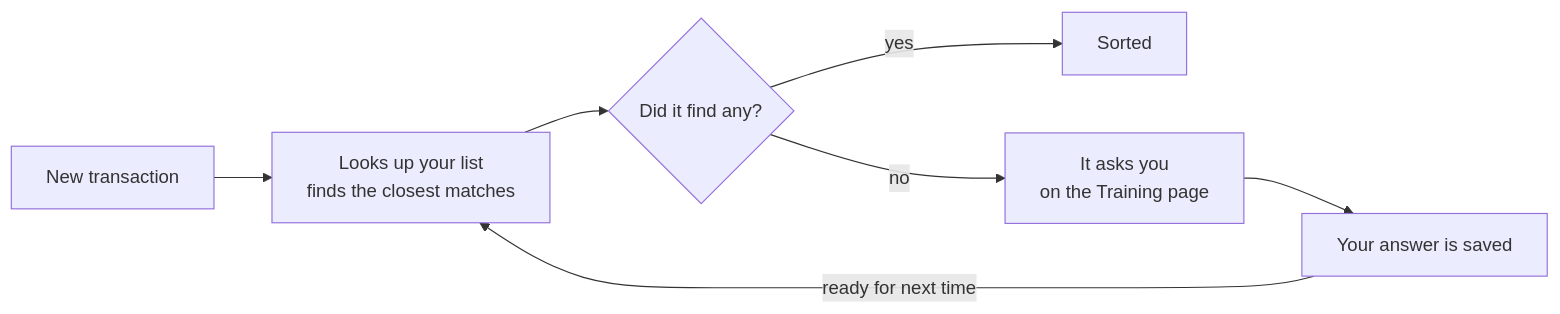
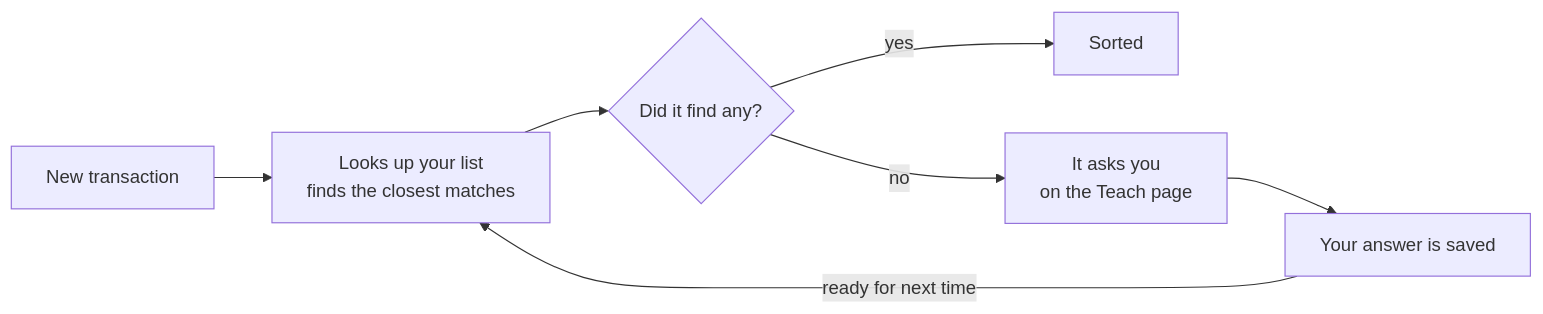
The second of 4 diagrams in docs/how-the-categorizer-works.md (jorisrombouts/pegels), drawn with Mermaid before and after one commit. The commit also changed other lines of this file and 3 other files, not shown here.

````diff
--- a/docs/how-the-categorizer-works.md
+++ b/docs/how-the-categorizer-works.md
@@ -60,9 +64,9 @@
 ```mermaid
 flowchart LR
     NEW["New transaction"] --> LOOK["Looks up your list<br/>finds the closest matches"]
     LOOK --> Q{"Did it find any?"}
     Q -- yes --> DONE["Sorted"]
-    Q -- no --> ASK["It asks you<br/>on the Training page"]
+    Q -- no --> ASK["It asks you<br/>on the Teach page"]
     ASK --> SAVE["Your answer is saved"]
     SAVE -- "ready for next time" --> LOOK
 ```
````
